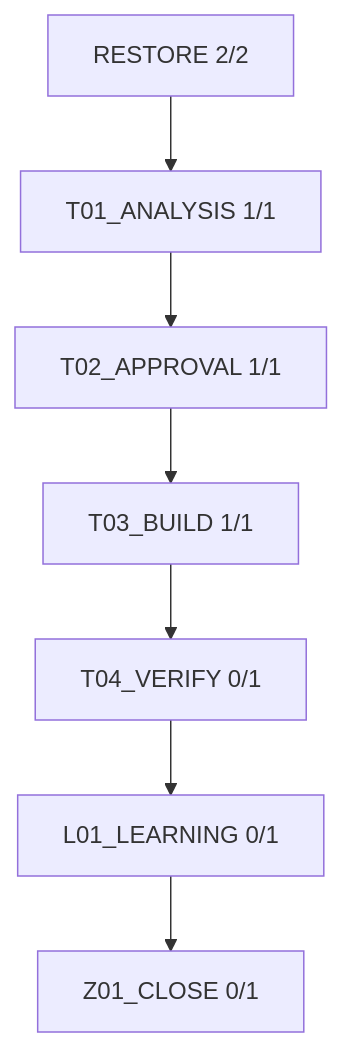
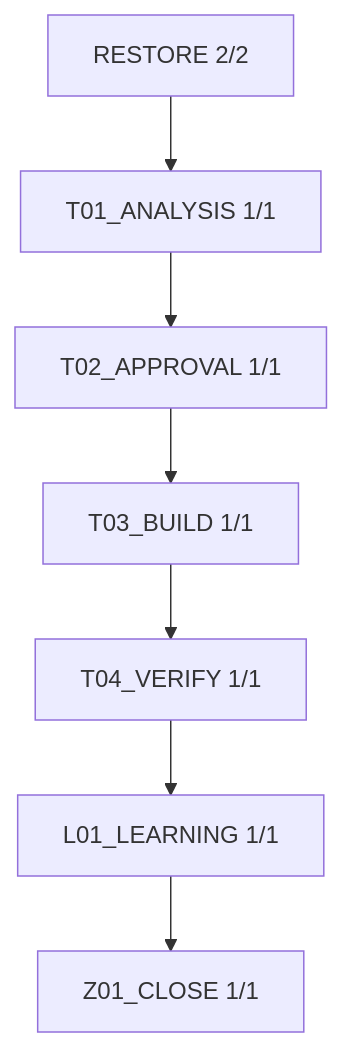
The diagram in work/items/W-MATH-047-n1112-guided-review/generated-publisher/FIRE_DIAGRAM.md (rrikunagasige-dot/kyotsu-step-web), drawn with Mermaid before and after one commit. The commit also changed other lines of this file and 78 other files, not shown here.

````diff
--- a/work/items/W-MATH-047-n1112-guided-review/generated-publisher/FIRE_DIAGRAM.md
+++ b/work/items/W-MATH-047-n1112-guided-review/generated-publisher/FIRE_DIAGRAM.md
@@ -3,16 +3,16 @@
 ```mermaid
 flowchart TD
   N0["RESTORE 2/2"]
   N1["T01_ANALYSIS 1/1"]
   N2["T02_APPROVAL 1/1"]
   N3["T03_BUILD 1/1"]
-  N4["T04_VERIFY 0/1"]
-  N5["L01_LEARNING 0/1"]
-  N6["Z01_CLOSE 0/1"]
+  N4["T04_VERIFY 1/1"]
+  N5["L01_LEARNING 1/1"]
+  N6["Z01_CLOSE 1/1"]
   N5 --> N6
   N0 --> N1
   N1 --> N2
   N2 --> N3
   N3 --> N4
   N4 --> N5
 ```
````
